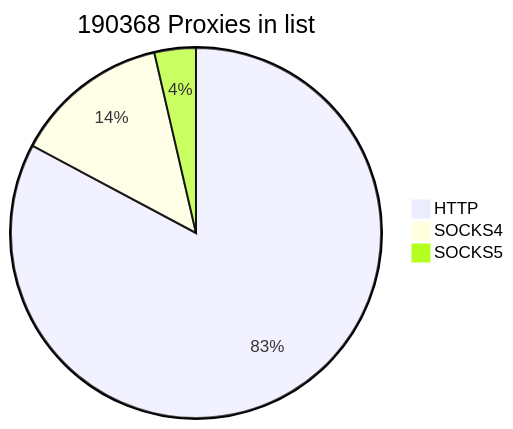
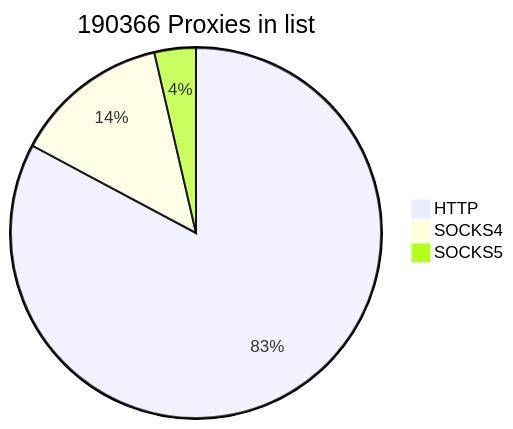
One commit to cutipu/proxylist changed the first of 2 diagrams in README.md. Above: the diagram before and after it, drawn with Mermaid. The commit also changed other lines of this file, not shown here.

````diff
--- a/README.md
+++ b/README.md
@@ -2,7 +2,7 @@
 ```mermaid
-pie title 190368 Proxies in list
+pie title 190366 Proxies in list
     "HTTP" : 157619
     "SOCKS4" : 25862
-    "SOCKS5" : 6887
+    "SOCKS5" : 6885
             
 ```
````
